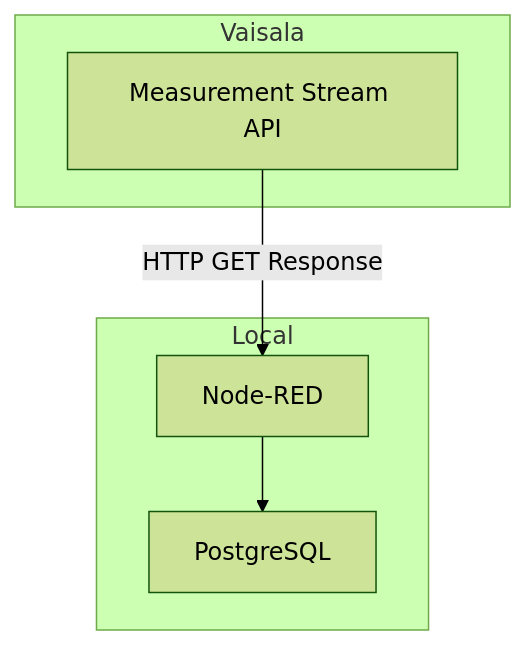
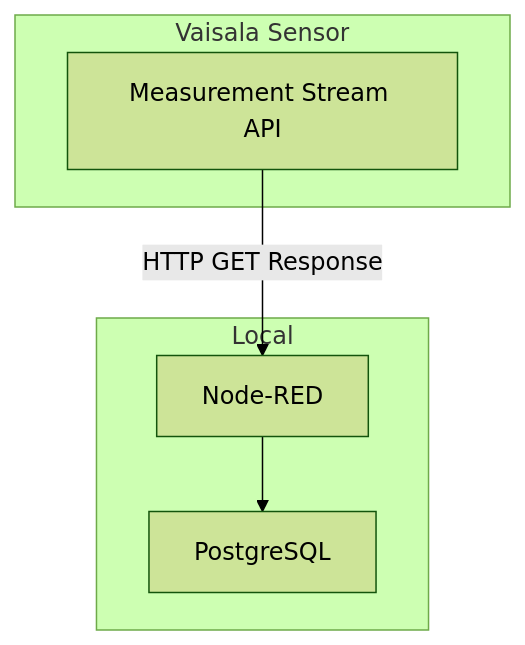
The first of 2 diagrams in README.md (jonss0777/DIY_Sensor), drawn with Mermaid (forest theme) before and after one commit.

````diff
--- a/README.md
+++ b/README.md
@@ -9,15 +9,15 @@
 ```mermaid
   flowchart TD
-    subgraph Vaisala
+    subgraph Vaisala Sensor
         A1[Measurement Stream API]
 
     end
 
     subgraph Local
         B1[Node-RED] --> B2[PostgreSQL]
 
     end
 
     A1 -->|HTTP GET Response |B1
 
 ```
````
